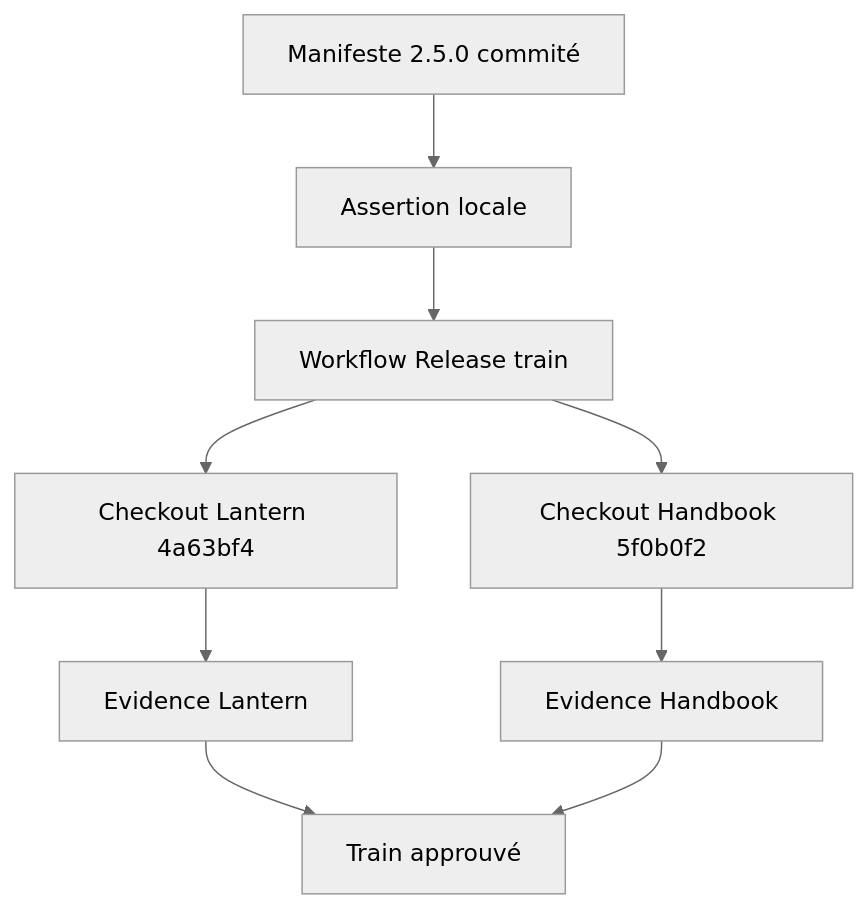
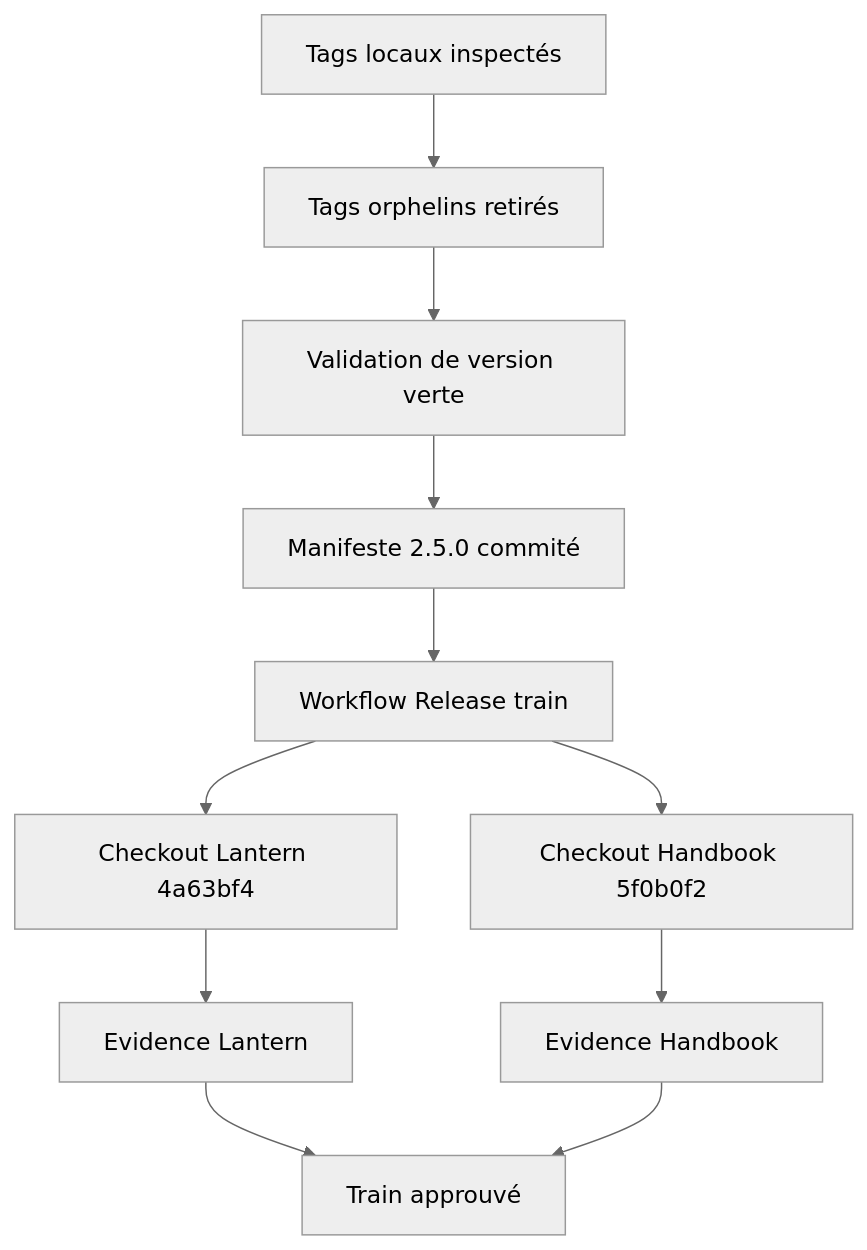
One commit to RebelliousSmile/schema-adrenaline changed the first of 2 diagrams in aidd_docs/tasks/2026_09/2026_09_24_promote-schema-adrenaline-2-5-0/phase-2.md. Above: the diagram before and after it, drawn with Mermaid (neutral theme). The commit also changed other lines of this file and 2 other files, not shown here.

Commit message:
chore(release): prepare adrenaline 2.5.0 train

````diff
--- a/aidd_docs/tasks/2026_09/2026_09_24_promote-schema-adrenaline-2-5-0/phase-2.md
+++ b/aidd_docs/tasks/2026_09/2026_09_24_promote-schema-adrenaline-2-5-0/phase-2.md
@@ -19,11 +20,13 @@
 ```mermaid
 flowchart TD
-  A[Manifeste 2.5.0 commité] --> B[Assertion locale]
-  B --> C[Workflow Release train]
-  C --> D[Checkout Lantern 4a63bf4]
-  C --> E[Checkout Handbook 5f0b0f2]
-  D --> F[Evidence Lantern]
-  E --> G[Evidence Handbook]
-  F --> H[Train approuvé]
-  G --> H
+  A[Tags locaux inspectés] --> B[Tags orphelins retirés]
+  B --> C[Validation de version verte]
+  C --> D[Manifeste 2.5.0 commité]
+  D --> E[Workflow Release train]
+  E --> F[Checkout Lantern 4a63bf4]
+  E --> G[Checkout Handbook 5f0b0f2]
+  F --> H[Evidence Lantern]
+  G --> I[Evidence Handbook]
+  H --> J[Train approuvé]
+  I --> J
 ```
````
